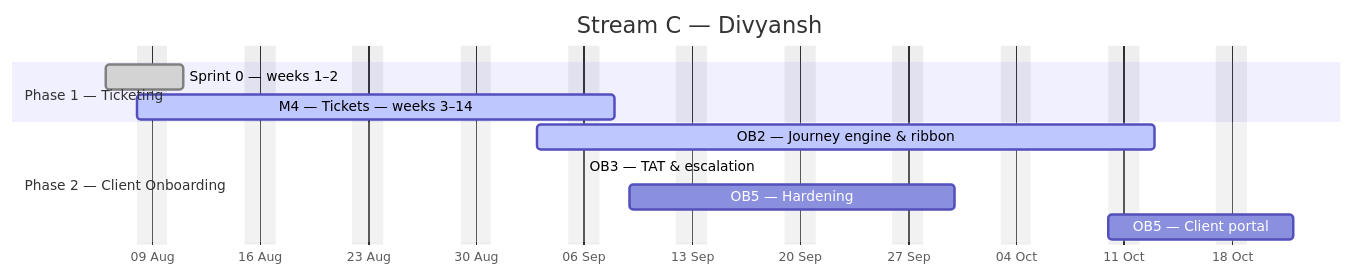
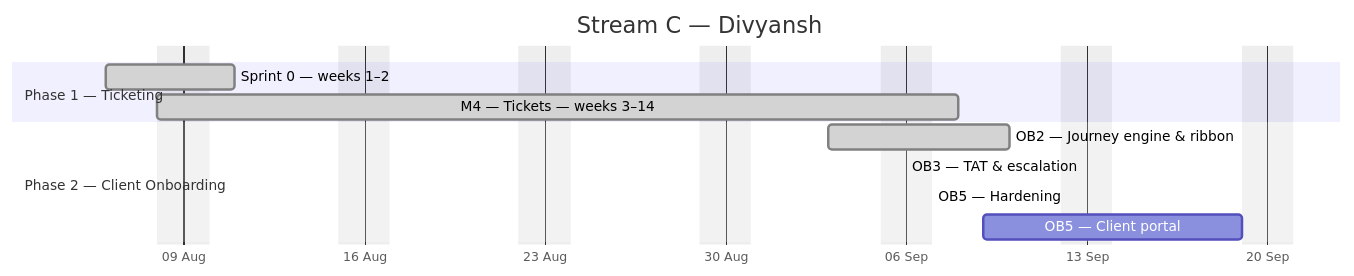
The third of 4 diagrams in docs/plan/GANTT.md (debashisedunext/EduTrack), drawn with Mermaid before and after one commit. The commit also changed other lines of this file and 11 other files, not shown here.

````diff
--- a/docs/plan/GANTT.md
+++ b/docs/plan/GANTT.md
@@ -169,15 +163,15 @@
 ```mermaid
 gantt
     dateFormat YYYY-MM-DD
     axisFormat %d %b
     title Stream C — Divyansh
     excludes weekends
     section Phase 1 — Ticketing
     Sprint 0 — weeks 1–2 :done, c0, 2026-08-06, 3d
-    M4 — Tickets — weeks 3–14 :active, c1, 2026-08-08, 22d
+    M4 — Tickets — weeks 3–14 :done, c1, 2026-08-08, 22d
     section Phase 2 — Client Onboarding
-    OB2 — Journey engine & ribbon :active, c2, 2026-09-03, 28d
-    OB3 — TAT & escalation :done, c3, 2026-09-06, 0d
-    OB5 — Hardening :c4, 2026-09-09, 15d
-    OB5 — Client portal :c5, 2026-10-10, 9d
+    OB2 — Journey engine & ribbon :done, c2, 2026-09-03, 5d
+    OB3 — TAT & escalation :done, c3, 2026-09-06, -12d
+    OB5 — Hardening :done, c4, 2026-09-07, -15d
+    OB5 — Client portal :c5, 2026-09-09, 8d
 ```
````
